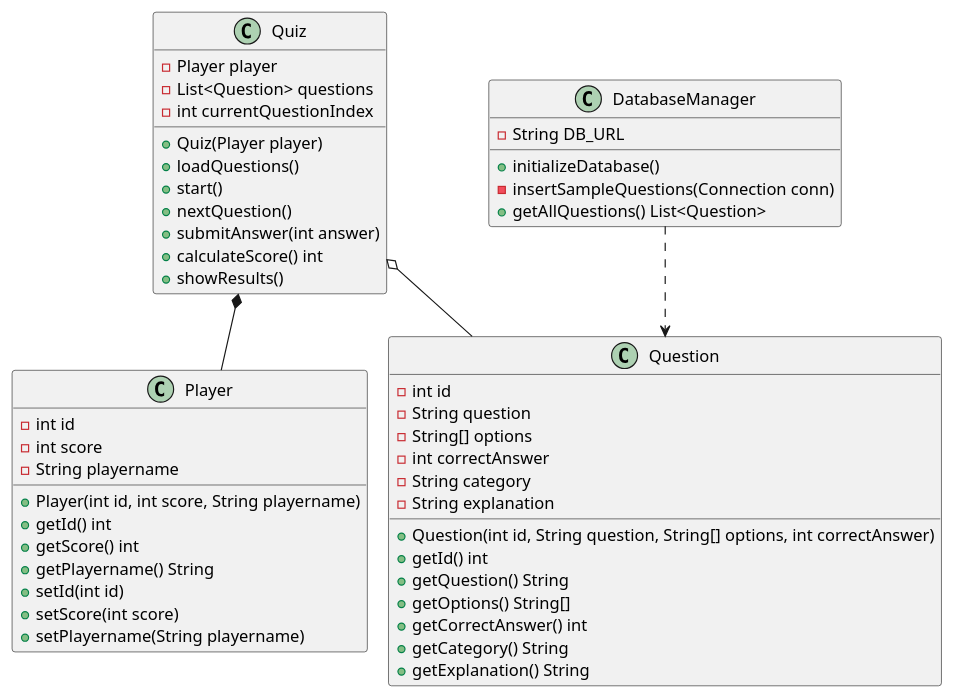
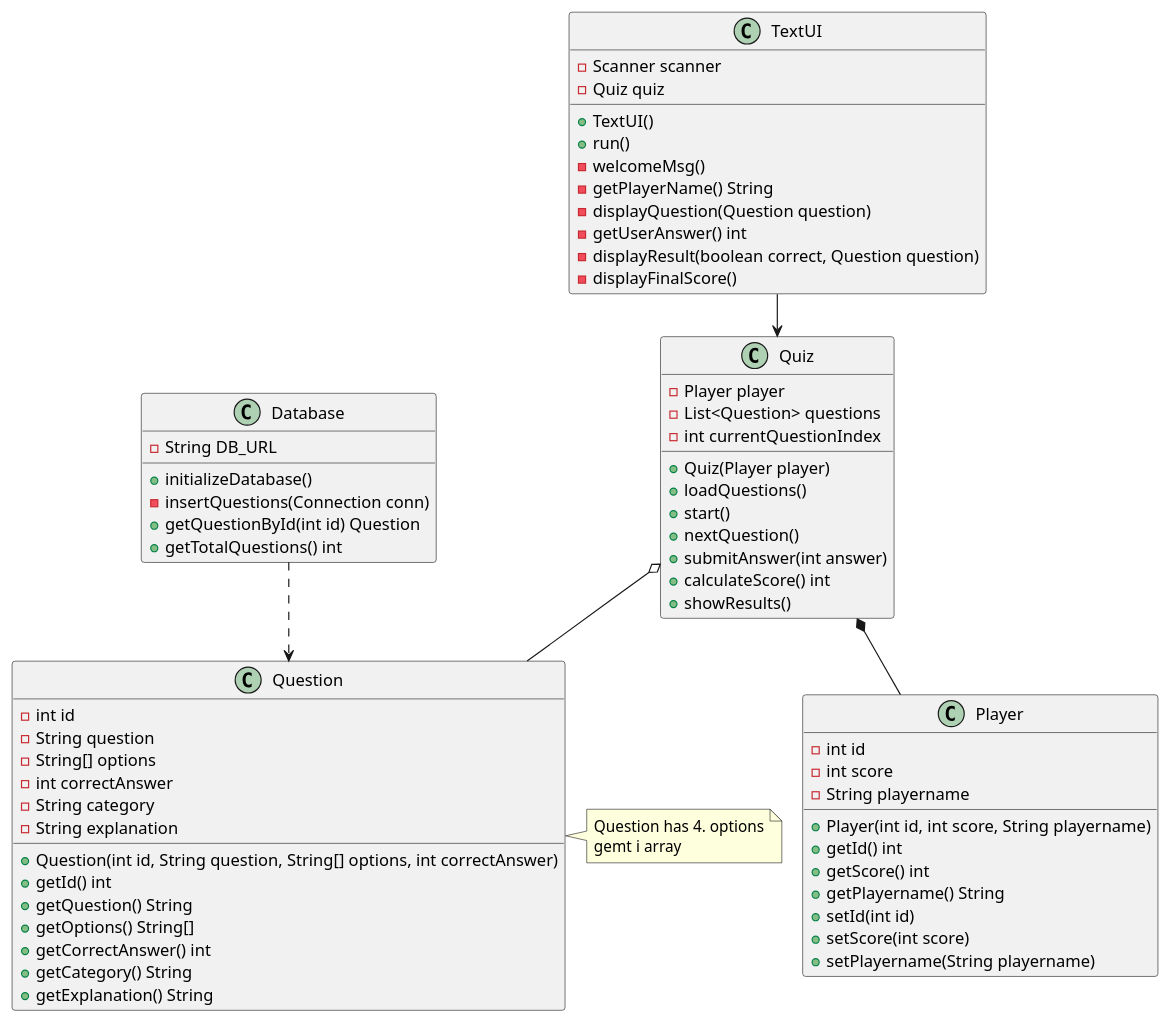
The diagram in doc-diagram/Klassediagram.puml (Gabbyskii/SP4), drawn with PlantUML before and after one commit.

Commit message:
klassediagram - TextUI v2!!

```diff
--- a/doc-diagram/Klassediagram.puml
+++ b/doc-diagram/Klassediagram.puml
@@ -1,64 +1,86 @@
 @startuml
 
 !pragma layout smetana
 
 class Quiz
 class Player
 class Question
-class DatabaseManager
+class Database
+class TextUI
+
+TextUI --> Quiz
 
 Quiz *-- Player
 Quiz o-- Question
 
-DatabaseManager ..> Question
+Database ..> Question
+note right of Question
+   Question has 4. options
+   gemt i array
+end note
 
-class DatabaseManager {
+
+class Database {
 - String DB_URL
 + initializeDatabase()
-- insertSampleQuestions(Connection conn)
-+ getAllQuestions() List<Question>
+- insertQuestions(Connection conn)
++ getQuestionById(int id) Question
++ getTotalQuestions() int
 }
 
 class Player {
 - int id
 - int score
 - String playername
 + Player(int id, int score, String playername)
 + getId() int
 + getScore() int
 + getPlayername() String
 + setId(int id)
 + setScore(int score)
 + setPlayername(String playername)
 }
 
 class Question {
 - int id
 - String question
 - String[] options
 - int correctAnswer
 - String category
 - String explanation
 + Question(int id, String question, String[] options, int correctAnswer)
 + getId() int
 + getQuestion() String
 + getOptions() String[]
 + getCorrectAnswer() int
 + getCategory() String
 + getExplanation() String
 }
 
 class Quiz {
 - Player player
 - List<Question> questions
 - int currentQuestionIndex
 + Quiz(Player player)
 + loadQuestions()
 + start()
 + nextQuestion()
 + submitAnswer(int answer)
 + calculateScore() int
 + showResults()
 }
 
+class TextUI {
+- Scanner scanner
+- Quiz quiz
++ TextUI()
++ run()
+- welcomeMsg()
+- getPlayerName() String
+- displayQuestion(Question question)
+- getUserAnswer() int
+- displayResult(boolean correct, Question question)
+- displayFinalScore()
+}
+
 @enduml
```
